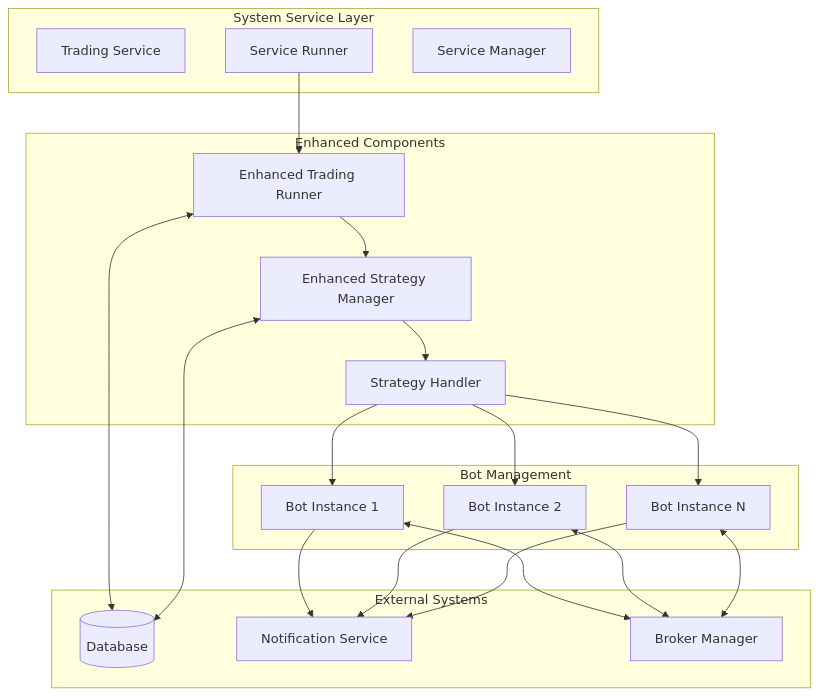
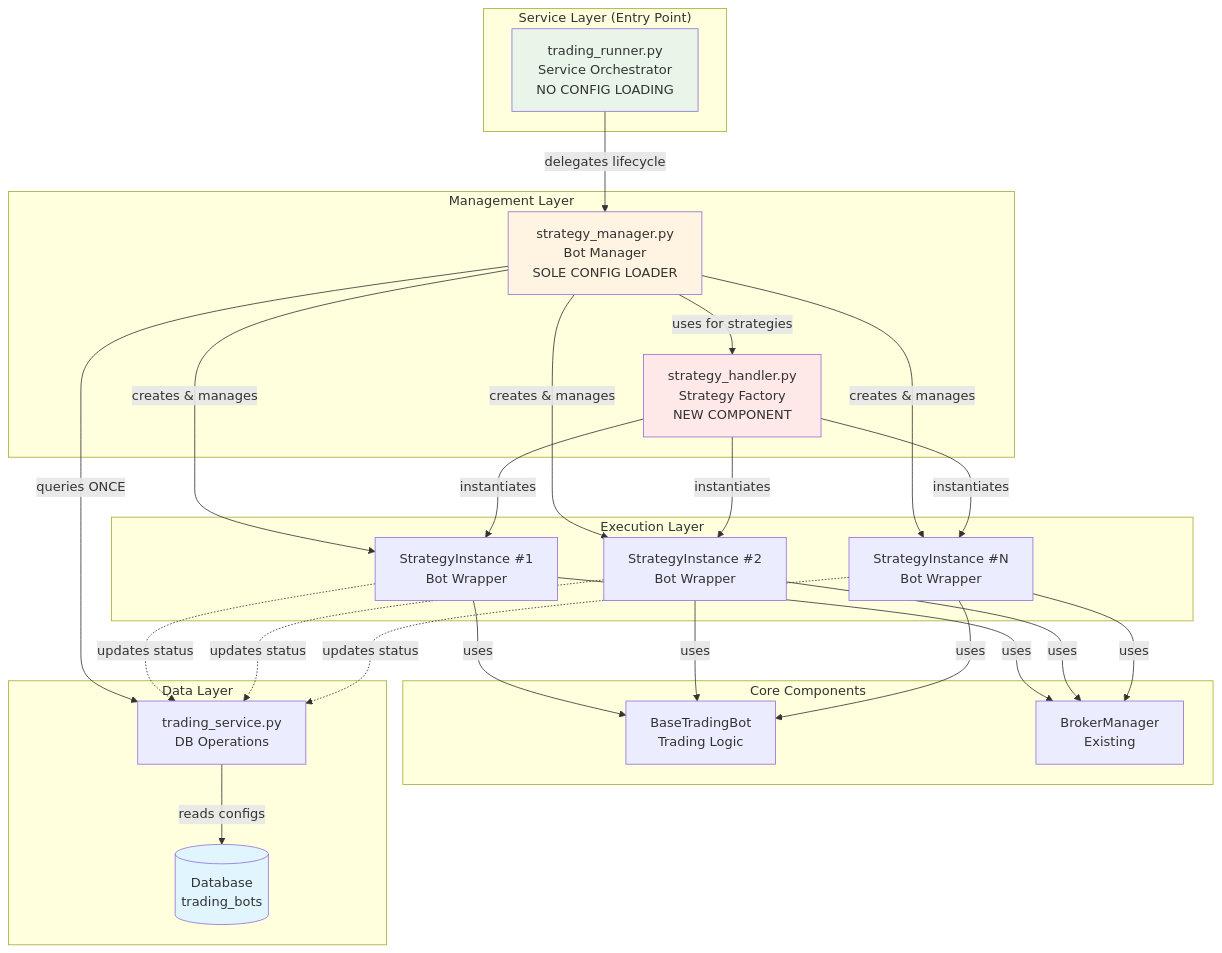
Before and after one commit to iwozere/e-trading: the first of 4 diagrams in .kiro/specs/dynamic-trading-bot-configuration/design.md, drawn with Mermaid. The commit also changed other lines of this file and 6 other files, not shown here.

````diff
--- a/.kiro/specs/dynamic-trading-bot-configuration/design.md
+++ b/.kiro/specs/dynamic-trading-bot-configuration/design.md
@@ -13,43 +13,56 @@
 ```mermaid
 graph TB
-    subgraph "System Service Layer"
-        TS[Trading Service]
-        SR[Service Runner]
-        SM[Service Manager]
+    subgraph "Service Layer (Entry Point)"
+        TR[trading_runner.py<br/>Service Orchestrator<br/>NO CONFIG LOADING]
     end
-    
-    subgraph "Enhanced Components"
-        ETR[Enhanced Trading Runner]
-        ESM[Enhanced Strategy Manager]
-        SH[Strategy Handler]
+
+    subgraph "Management Layer"
+        SM[strategy_manager.py<br/>Bot Manager<br/>SOLE CONFIG LOADER]
+        SH[strategy_handler.py<br/>Strategy Factory<br/>NEW COMPONENT]
     end
-    
-    subgraph "Bot Management"
-        BI1[Bot Instance 1]
-        BI2[Bot Instance 2]
-        BIN[Bot Instance N]
+
+    subgraph "Execution Layer"
+        SI1[StrategyInstance #1<br/>Bot Wrapper]
+        SI2[StrategyInstance #2<br/>Bot Wrapper]
+        SIN[StrategyInstance #N<br/>Bot Wrapper]
     end
-    
-    subgraph "External Systems"
-        DB[(Database)]
-        NS[Notification Service]
-        BM[Broker Manager]
+
+    subgraph "Core Components"
+        BTB[BaseTradingBot<br/>Trading Logic]
+        BM[BrokerManager<br/>Existing]
     end
-    
-    SR --> ETR
-    ETR --> ESM
-    ESM --> SH
-    SH --> BI1
-    SH --> BI2
-    SH --> BIN
-    
-    ETR <--> DB
-    ESM <--> DB
-    BI1 --> NS
-    BI2 --> NS
-    BIN --> NS
-    
-    BI1 <--> BM
-    BI2 <--> BM
-    BIN <--> BM
+
+    subgraph "Data Layer"
+        DB[(Database<br/>trading_bots)]
+        TS[trading_service.py<br/>DB Operations]
+    end
+
+    TR -->|delegates lifecycle| SM
+    SM -->|queries ONCE| TS
+    TS -->|reads configs| DB
+    SM -->|uses for strategies| SH
+    SM -->|creates & manages| SI1
+    SM -->|creates & manages| SI2
+    SM -->|creates & manages| SIN
+
+    SH -->|instantiates| SI1
+    SH -->|instantiates| SI2
+    SH -->|instantiates| SIN
+
+    SI1 -->|uses| BTB
+    SI2 -->|uses| BTB
+    SIN -->|uses| BTB
+
+    SI1 -->|uses| BM
+    SI2 -->|uses| BM
+    SIN -->|uses| BM
+
+    SI1 -.->|updates status| TS
+    SI2 -.->|updates status| TS
+    SIN -.->|updates status| TS
+
+    style DB fill:#e1f5ff
+    style SM fill:#fff4e1
+    style TR fill:#e8f5e8
+    style SH fill:#ffe8e8
 ```
````
